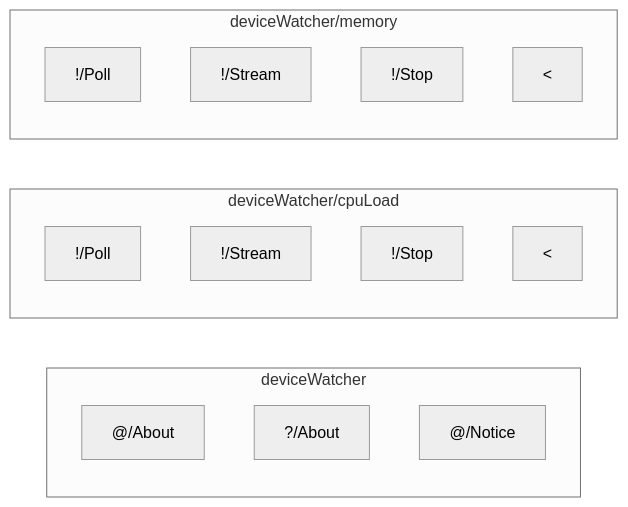
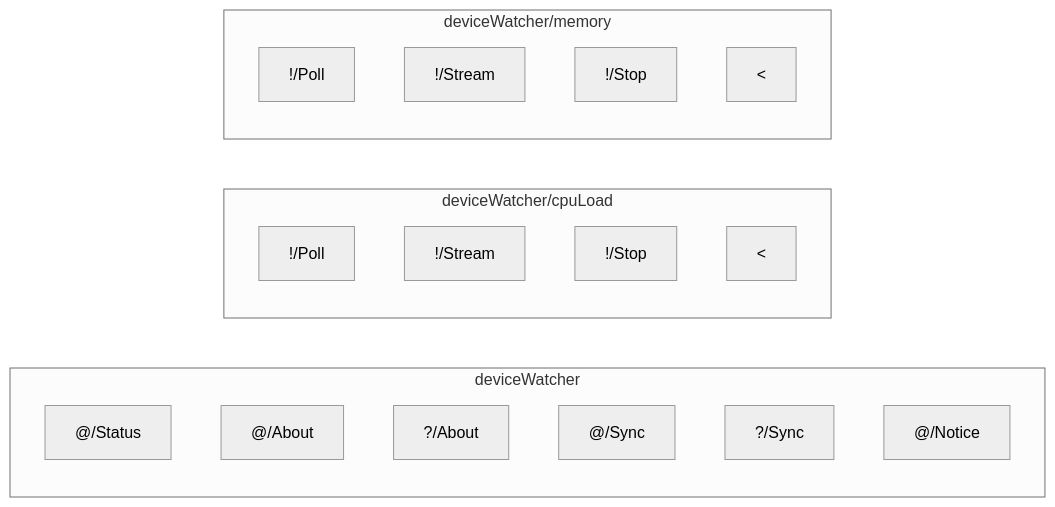
Before and after one commit to BuildLynx/lynx-sdk-python: the third of 9 diagrams in docs/protocol.md, drawn with Mermaid (neutral theme). The commit also changed other lines of this file, not shown here.

Commit message:
Updated docs with new Status endpoint and about network heirarchy and About being non-retained

````diff
--- a/docs/protocol.md
+++ b/docs/protocol.md
@@ -275,22 +393,25 @@
 ```mermaid
 graph LR
     subgraph service ["deviceWatcher"]
+        SysStatus["@/Status"]
         SysAbout["@/About"]
         QueryAbout["?/About"]
+        SysSync["@/Sync"]
+        QuerySync["?/Sync"]
         SysNotice["@/Notice"]
     end
 
     subgraph cpuLoad ["deviceWatcher/cpuLoad"]
         CpuPoll["!/Poll"]
         CpuStream["!/Stream"]
         CpuStop["!/Stop"]
         CpuOut["&lt;"]
     end
 
     subgraph memory ["deviceWatcher/memory"]
         MemPoll["!/Poll"]
         MemStream["!/Stream"]
         MemStop["!/Stop"]
         MemOut["&lt;"]
     end
 ```
````
